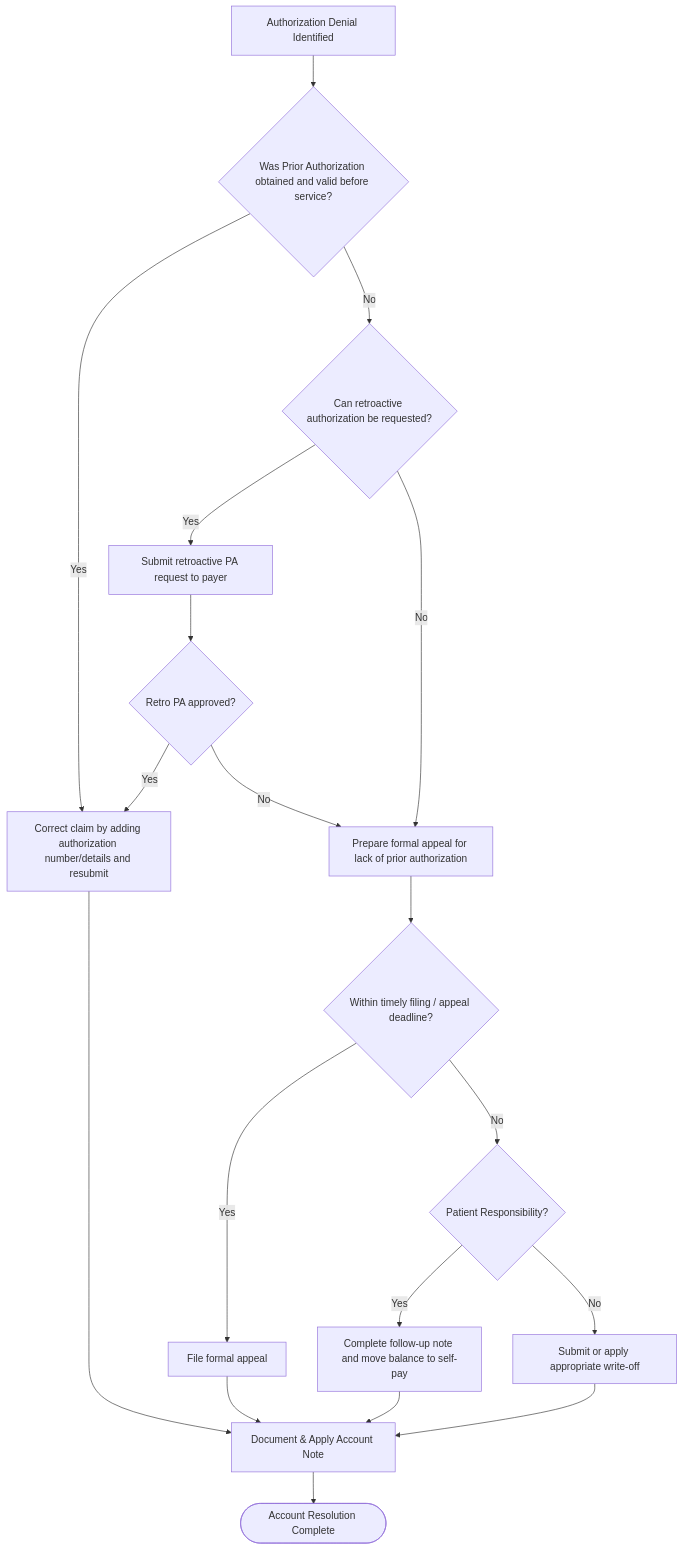
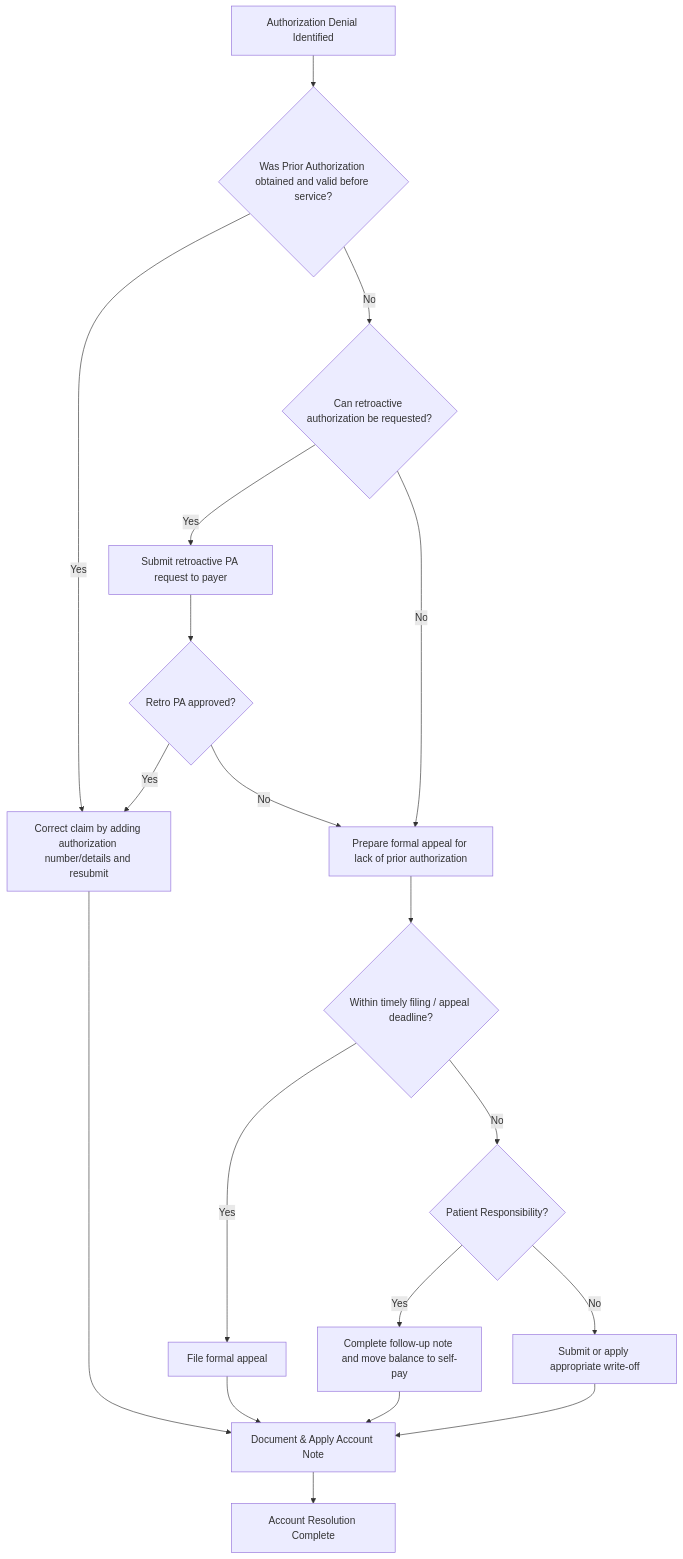
Before and after one commit to shainemeister/revenue-cycle-sop-and-workflow-framework: the third of 3 diagrams in workflows/registration-workflow.md, drawn with Mermaid. The commit also changed other lines of this file, not shown here.

Commit message:
Update Authorization diagram syntax to match the quoting style used in Eligibility and COB diagrams (consistent use of quoted node labels). Version remains 1.7.

````diff
--- a/workflows/registration-workflow.md
+++ b/workflows/registration-workflow.md
@@ -68,31 +68,31 @@
 ```mermaid
 flowchart TD
     A[Authorization Denial Identified] --> Q1{Was Prior Authorization obtained and valid before service?}
     
     Q1 -->|Yes| CorrectClaim["Correct claim by adding authorization number/details and resubmit"]
     
     Q1 -->|No| Q2{Can retroactive authorization be requested?}
     
     Q2 -->|Yes| SubmitRetro["Submit retroactive PA request to payer"]
     Q2 -->|No| PrepareAppeal["Prepare formal appeal for lack of prior authorization"]
     
     SubmitRetro --> RetroResult{Retro PA approved?}
     RetroResult -->|Yes| CorrectClaim
     RetroResult -->|No| PrepareAppeal
     
     CorrectClaim --> Update["Document & Apply Account Note"]
     
     PrepareAppeal --> Q3{Within timely filing / appeal deadline?}
     Q3 -->|Yes| FileAppeal["File formal appeal"]
     Q3 -->|No| PatientResp{Patient Responsibility?}
     
     FileAppeal --> Update
     
     PatientResp -->|Yes| SelfPay["Complete follow-up note and move balance to self-pay"]
     PatientResp -->|No| WriteOff["Submit or apply appropriate write-off"]
     
     SelfPay --> Update
     WriteOff --> Update
     
-    Update --> End([Account Resolution Complete])
+    Update --> End["Account Resolution Complete"]
 ```
````
